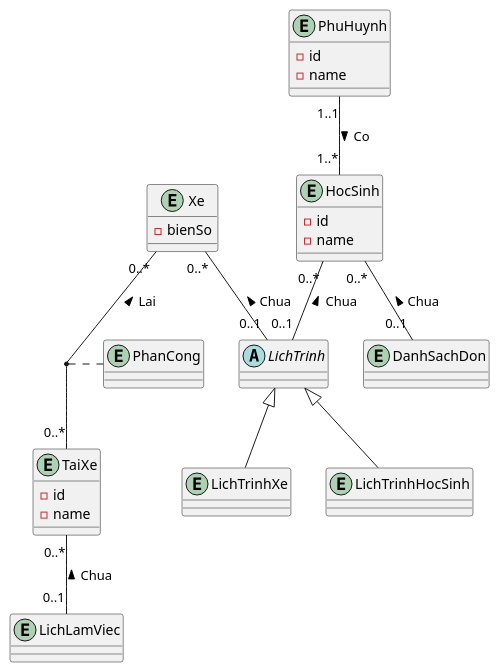
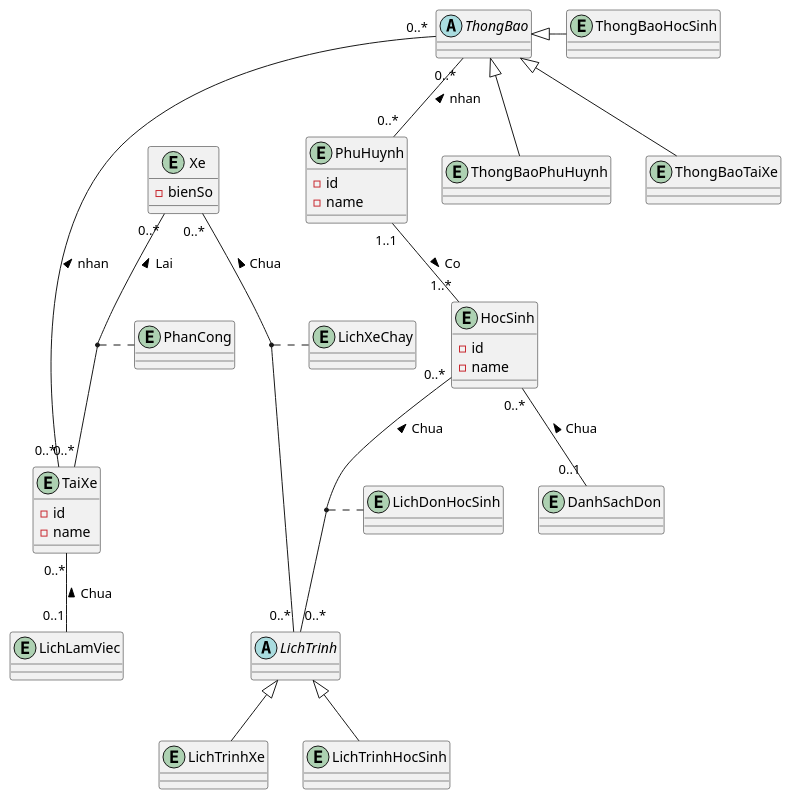
The diagram in uml/domain/class.puml (Bancie/VietBus), drawn with PlantUML before and after one commit. The commit also changed 4934 other files, not shown here.

```diff
--- a/uml/domain/class.puml
+++ b/uml/domain/class.puml
@@ -1,62 +1,97 @@
 @startuml
 ' Entity
 entity TaiXe {
     - id
     - name
 }
 
 entity PhuHuynh {
     - id
     - name
 }
 
 entity HocSinh {
     - id
     - name
 }
 
 entity LichLamViec {
 
 }
 
 entity DanhSachDon {
 
 }
 
 abstract LichTrinh {
 
 }
 
 entity LichTrinhXe {
 
 }
 
 entity LichTrinhHocSinh {
 
 }
 
 entity Xe {
     - bienSo
 }
 
 entity PhanCong {
 
 }
 
+abstract ThongBao {
+
+}
+
+entity ThongBaoPhuHuynh {
+
+}
+
+entity ThongBaoTaiXe {
+
+}
+
+entity ThongBaoHocSinh {
+
+}
+
+entity LichXeChay {
+
+}
+
+entity LichDonHocSinh {
+
+}
+
+entity TaiXe
+
 ' Association
 
 TaiXe"0..*" -- "0..1"LichLamViec : Chua <
 
 LichTrinh <|-- LichTrinhXe
 LichTrinh <|-- LichTrinhHocSinh
 
-HocSinh"0..*" -- "0..1"LichTrinh : Chua <
+HocSinh"0..*" -- "0..*"LichTrinh : Chua <
 HocSinh"0..*" -- "0..1"DanhSachDon : Chua <
 
-Xe"0..*" -- "0..1"LichTrinh : Chua <
+Xe"0..*" -- "0..*"LichTrinh : Chua <
 Xe"0..*" -- "0..*"TaiXe : Lai <
 (Xe, TaiXe) . PhanCong
 
 PhuHuynh"1..1" -- "1..*"HocSinh : Co >
 
+ThongBao <|-- ThongBaoTaiXe
+ThongBao <|-- ThongBaoPhuHuynh
+ThongBao <|- ThongBaoHocSinh
+ThongBao"0..*" -- "0..*"PhuHuynh : nhan <
+ThongBao"0..*" ---- "0..*"TaiXe : nhan <
+
+(Xe, LichTrinh) . LichXeChay
+(HocSinh, LichTrinh) . LichDonHocSinh
+
 @enduml
```
